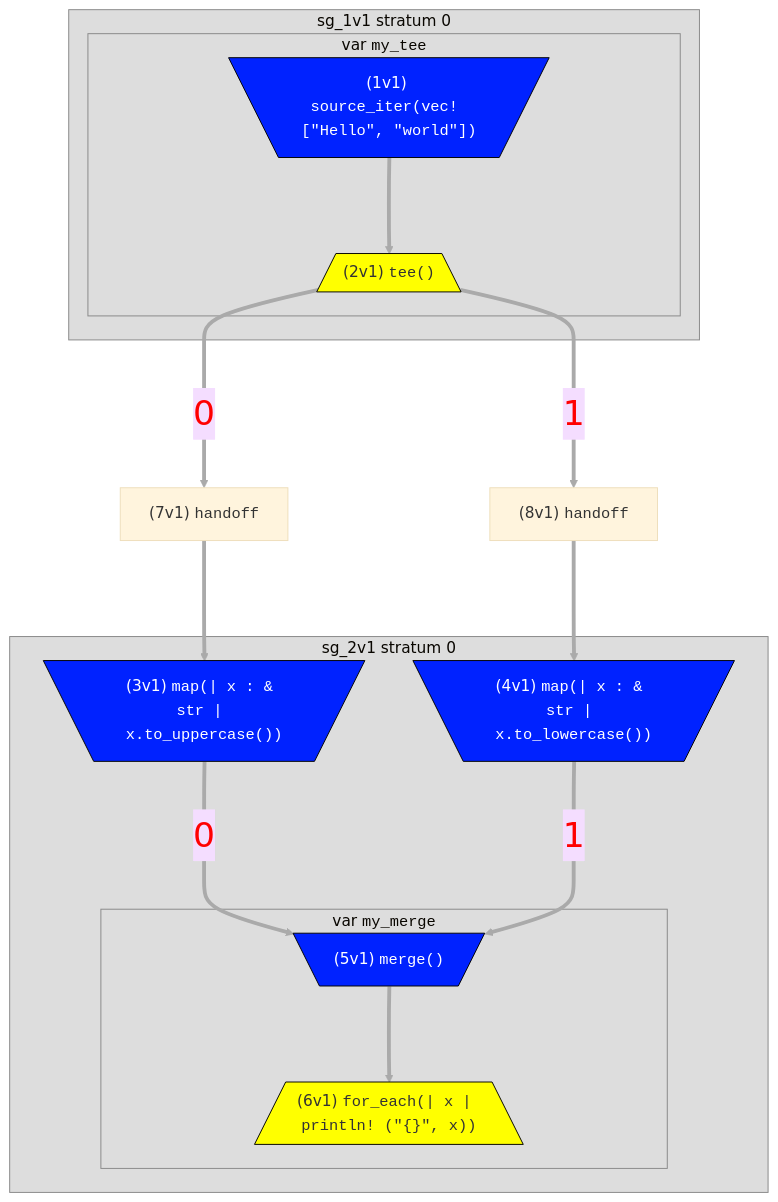
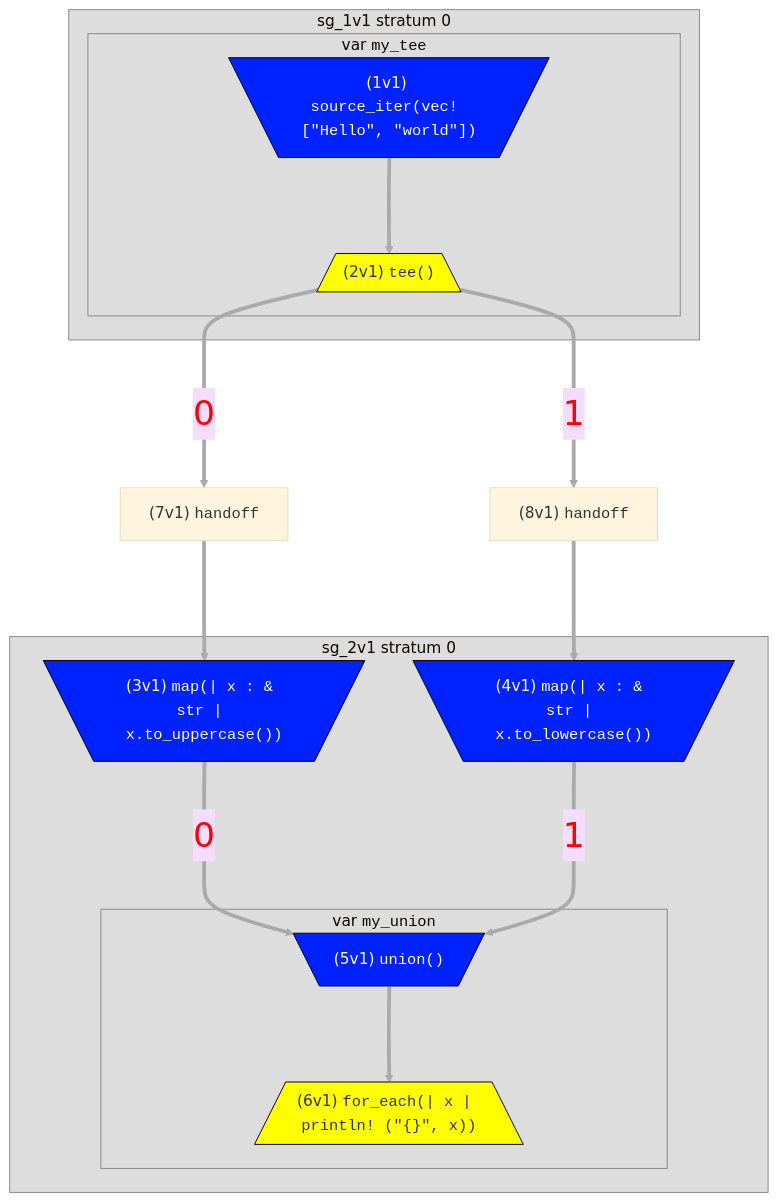
The diagram in docs/docs/hydroflow/syntax/surface_flows.md (nickjiang2378/hydroflow), drawn with Mermaid before and after one commit. The commit also changed other lines of this file and 100 other files, not shown here.

Commit message:
rename: merge() to union() (#697)

````diff
--- a/docs/docs/hydroflow/syntax/surface_flows.md
+++ b/docs/docs/hydroflow/syntax/surface_flows.md
@@ -43,35 +43,35 @@
 ```mermaid
 %%{init:{'theme':'base','themeVariables':{'clusterBkg':'#ddd','clusterBorder':'#888'}}}%%
 flowchart TD
 classDef pullClass fill:#02f,color:#fff,stroke:#000
 classDef pushClass fill:#ff0,stroke:#000
 linkStyle default stroke:#aaa,stroke-width:4px,color:red,font-size:1.5em;
 subgraph sg_1v1 ["sg_1v1 stratum 0"]
     1v1[\"(1v1) <tt>source_iter(vec! [&quot;Hello&quot;, &quot;world&quot;])</tt>"/]:::pullClass
     2v1[/"(2v1) <tt>tee()</tt>"\]:::pushClass
     1v1--->2v1
     subgraph sg_1v1_var_my_tee ["var <tt>my_tee</tt>"]
         1v1
         2v1
     end
 end
 subgraph sg_2v1 ["sg_2v1 stratum 0"]
     3v1[\"(3v1) <tt>map(| x : &amp; str | x.to_uppercase())</tt>"/]:::pullClass
     4v1[\"(4v1) <tt>map(| x : &amp; str | x.to_lowercase())</tt>"/]:::pullClass
-    5v1[\"(5v1) <tt>merge()</tt>"/]:::pullClass
+    5v1[\"(5v1) <tt>union()</tt>"/]:::pullClass
     6v1[/"(6v1) <tt>for_each(| x | println! (&quot;{}&quot;, x))</tt>"\]:::pushClass
     3v1--0--->5v1
     4v1--1--->5v1
     5v1--->6v1
-    subgraph sg_2v1_var_my_merge ["var <tt>my_merge</tt>"]
+    subgraph sg_2v1_var_my_union ["var <tt>my_union</tt>"]
         5v1
         6v1
     end
 end
 2v1--0--->7v1
 2v1--1--->8v1
 7v1["(7v1) <tt>handoff</tt>"]:::otherClass
 7v1--->3v1
 8v1["(8v1) <tt>handoff</tt>"]:::otherClass
 8v1--->4v1
 ```
````
